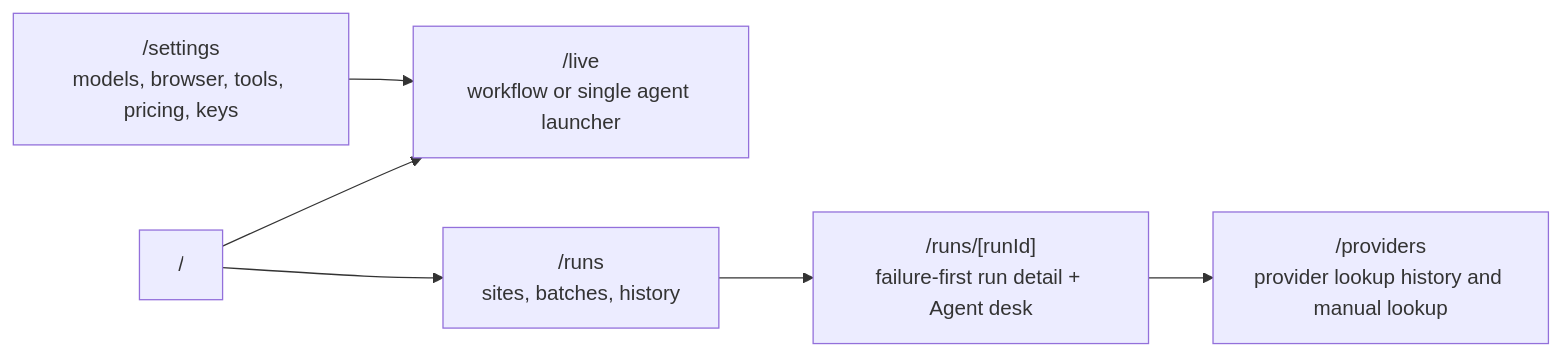
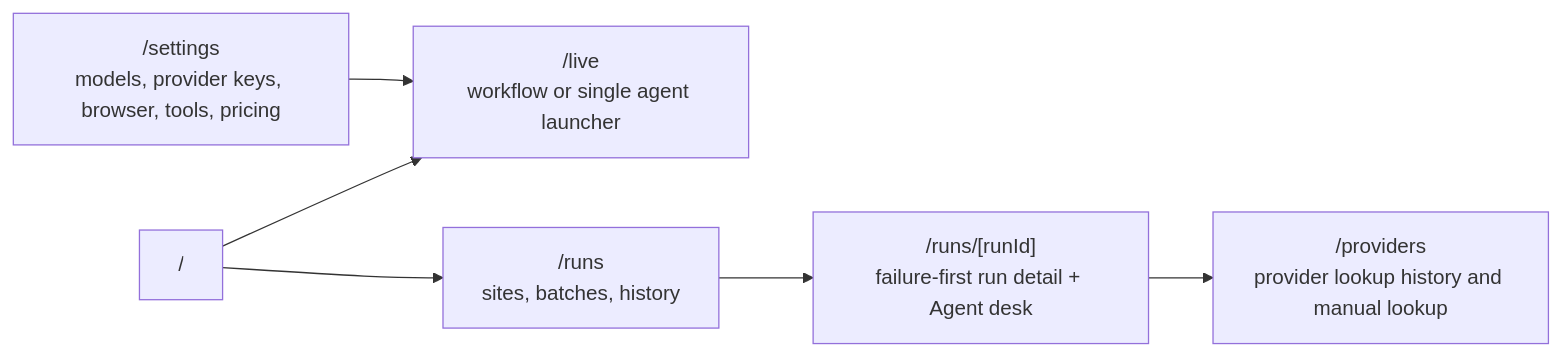
Before and after one commit to arfaouiahmed1/Open-Web-Catcher: the first of 3 diagrams in docs/api/operator-console.md, drawn with Mermaid. The commit also changed other lines of this file and 13 other files, not shown here.

````diff
--- a/docs/api/operator-console.md
+++ b/docs/api/operator-console.md
@@ -9,15 +9,15 @@
 ```mermaid
 flowchart LR
   Home["/"]
   Live["/live<br/>workflow or single agent launcher"]
   Runs["/runs<br/>sites, batches, history"]
   RunDetail["/runs/[runId]<br/>failure-first run detail + Agent desk"]
   Providers["/providers<br/>provider lookup history and manual lookup"]
-  Settings["/settings<br/>models, browser, tools, pricing, keys"]
+  Settings["/settings<br/>models, provider keys, browser, tools, pricing"]
 
   Home --> Live
   Home --> Runs
   Runs --> RunDetail
   RunDetail --> Providers
   Settings --> Live
 ```
````
